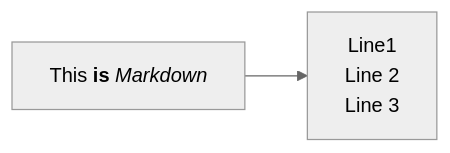
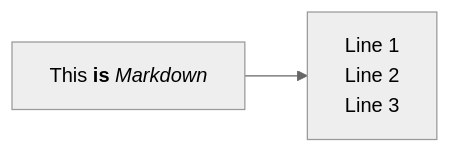
Before and after one commit to tpcucclin/1208: the third of 16 diagrams in mermaid.md, drawn with Mermaid (neutral theme).

````diff
--- a/mermaid.md
+++ b/mermaid.md
@@ -24,9 +24,8 @@
 ```mermaid
-%%{init: {"flowchart": {"htmlLabels": false}} }%%
 flowchart LR
     markdown["`This **is** _Markdown_`"]
-    newLines["`Line1
+    newLines["Line 1
     Line 2
-    Line 3`"]
+    Line 3"]
     markdown --> newLines
 ```
````
